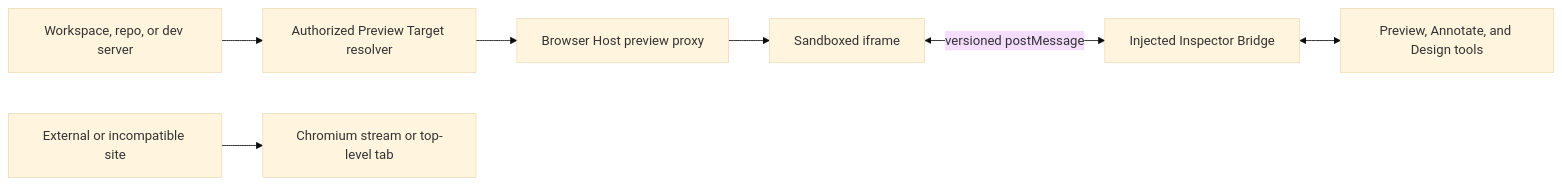
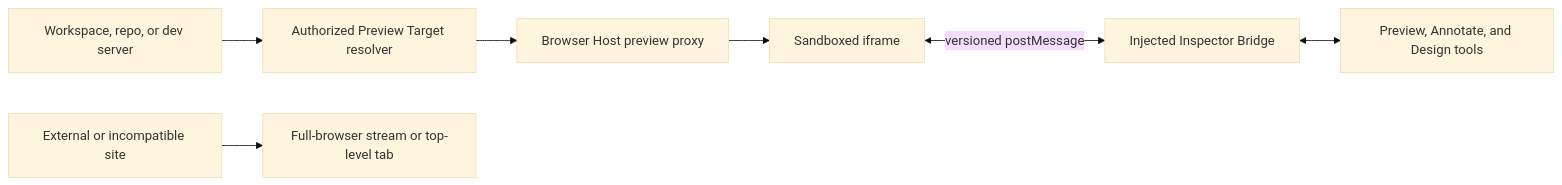
One commit to Zorker-Tech/OpenLink changed the diagram in docs/architecture/ADR-0034-first-class-preview-and-web-annotation.md. Above: the diagram before and after it, drawn with Mermaid (base theme). The commit also changed other lines of this file and 6 other files, not shown here.

````diff
--- a/docs/architecture/ADR-0034-first-class-preview-and-web-annotation.md
+++ b/docs/architecture/ADR-0034-first-class-preview-and-web-annotation.md
@@ -117,9 +121,9 @@
 ```mermaid
 flowchart LR
   W[Workspace, repo, or dev server] --> R[Authorized Preview Target resolver]
   R --> G[Browser Host preview proxy]
   G --> F[Sandboxed iframe]
   F <-->|versioned postMessage| B[Injected Inspector Bridge]
   B <--> U[Preview, Annotate, and Design tools]
-  E[External or incompatible site] --> C[Chromium stream or top-level tab]
+  E[External or incompatible site] --> C[Full-browser stream or top-level tab]
 ```
````
